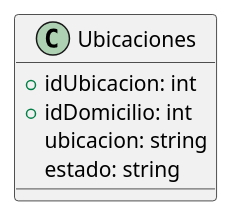
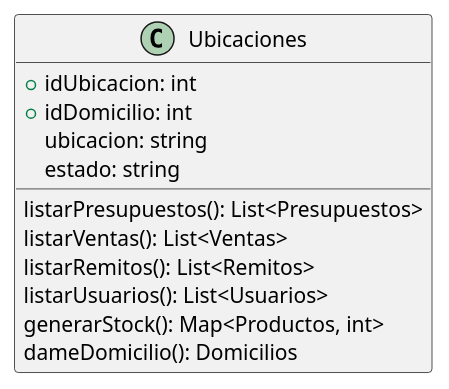
Before and after one commit to ZMGestion/DocumentacionZMGestion: the diagram in DiagramaClases/Clases/Ubicaciones.puml, drawn with PlantUML. The commit also changed 48 other files, not shown here.

Commit message:
Nuevo metodos diagrama de clases

```diff
--- a/DiagramaClases/Clases/Ubicaciones.puml
+++ b/DiagramaClases/Clases/Ubicaciones.puml
@@ -1,8 +1,15 @@
 @startuml Ubicaciones
 class Ubicaciones{
     +idUbicacion: int
     +idDomicilio: int
     ubicacion: string
     estado: string
+
+    listarPresupuestos(): List<Presupuestos>
+    listarVentas(): List<Ventas>
+    listarRemitos(): List<Remitos>
+    listarUsuarios(): List<Usuarios>
+    generarStock(): Map<Productos, int>
+    dameDomicilio(): Domicilios
 }
 @enduml
```
